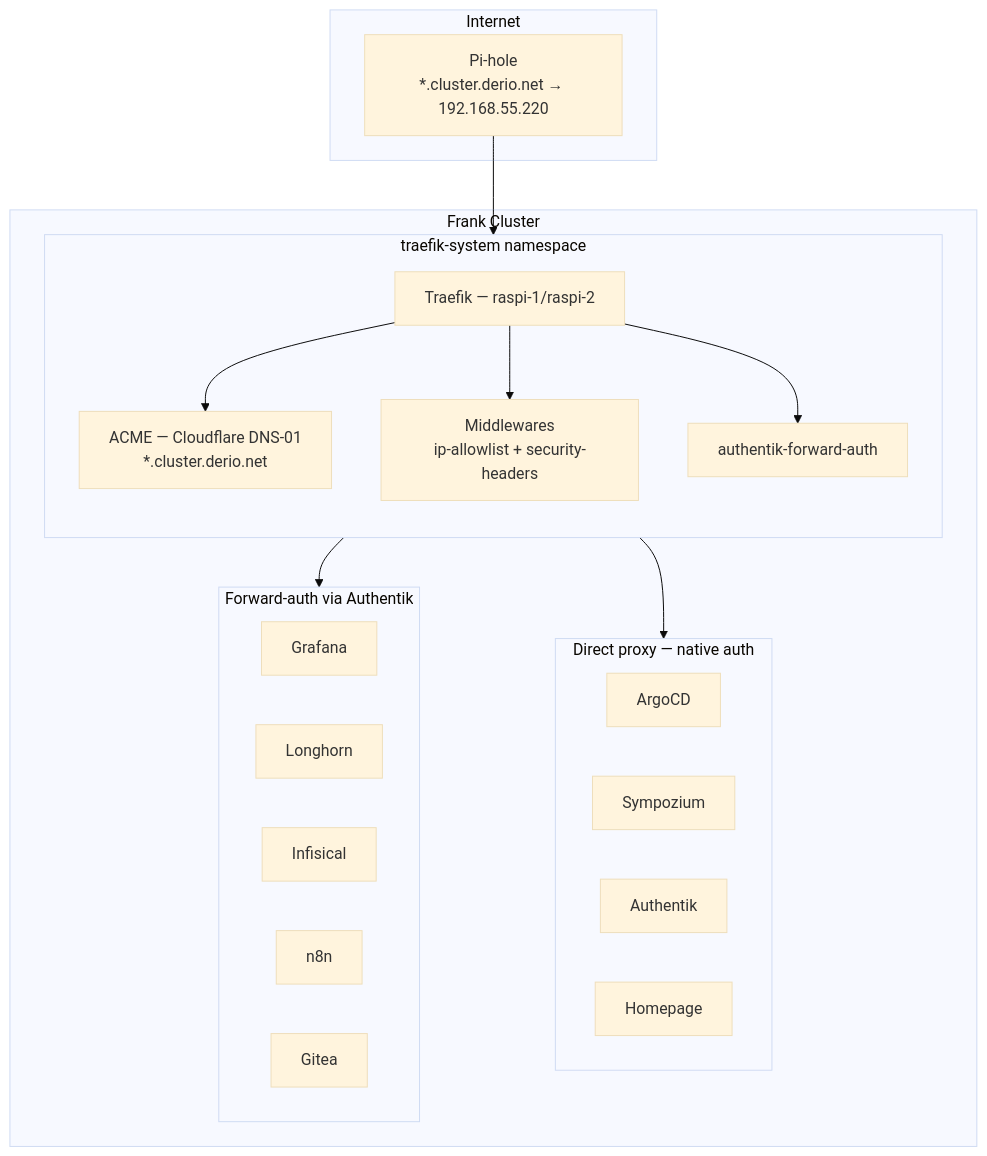
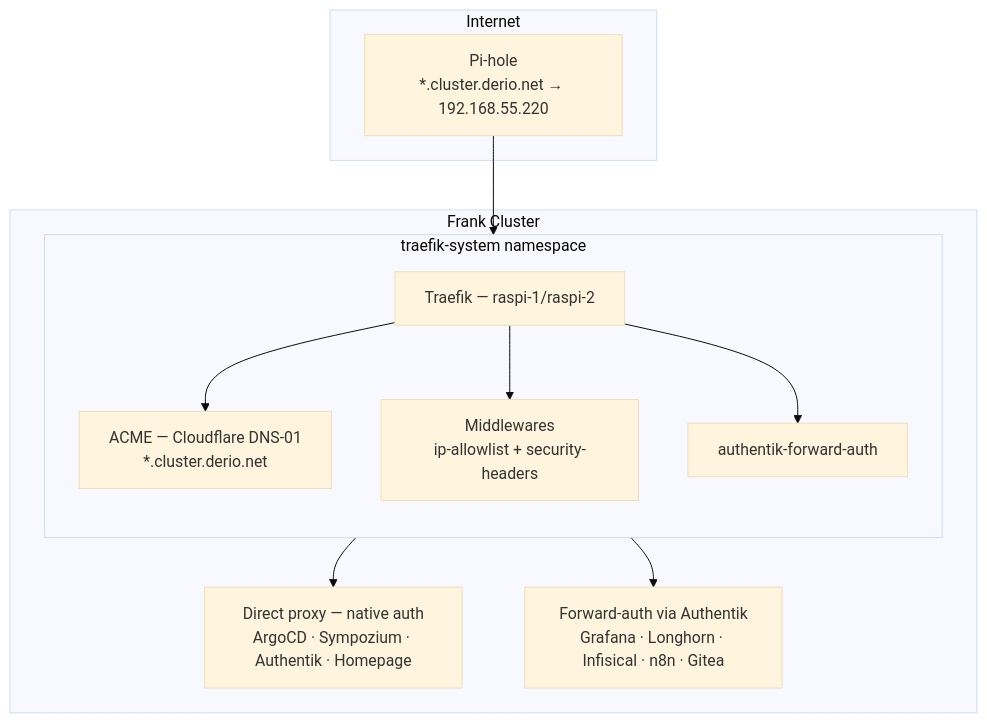
One commit to derio-net/frank changed the diagram in blog/content/docs/building/24-in-cluster-ingress/index.md. Above: the diagram before and after it, drawn with Mermaid (base theme). The commit also changed other lines of this file and 52 other files, not shown here.

````diff
--- a/blog/content/docs/building/24-in-cluster-ingress/index.md
+++ b/blog/content/docs/building/24-in-cluster-ingress/index.md
@@ -23,34 +23,23 @@
 ```mermaid
 flowchart TD
   subgraph Internet
     DNS[Pi-hole<br/>*.cluster.derio.net → 192.168.55.220]
   end
   subgraph Cluster[Frank Cluster]
     subgraph Traefik[traefik-system namespace]
       direction TB
       T[Traefik — raspi-1/raspi-2]
       AC[ACME — Cloudflare DNS-01<br/>*.cluster.derio.net]
       MW[Middlewares<br/>ip-allowlist + security-headers]
       FA[authentik-forward-auth]
     end
-    subgraph Direct[Direct proxy — native auth]
-      A[ArgoCD]
-      S[Sympozium]
-      AK[Authentik]
-      H[Homepage]
-    end
-    subgraph SSO[Forward-auth via Authentik]
-      G[Grafana]
-      L[Longhorn]
-      I[Infisical]
-      N[n8n]
-      GI[Gitea]
-    end
+    Direct["Direct proxy — native auth<br/>ArgoCD · Sympozium · Authentik · Homepage"]
+    SSO["Forward-auth via Authentik<br/>Grafana · Longhorn · Infisical · n8n · Gitea"]
   end
   DNS --> T
   T --> AC
   T --> MW
   T --> FA
   T --> Direct
-  T --> SSO
+  FA --> SSO
 ```
````
